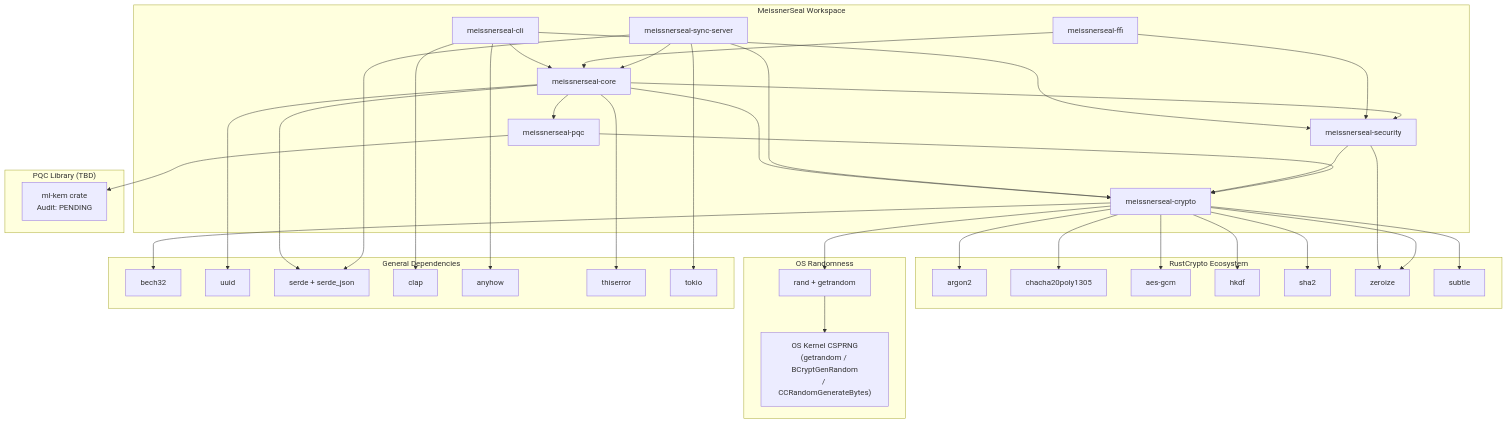
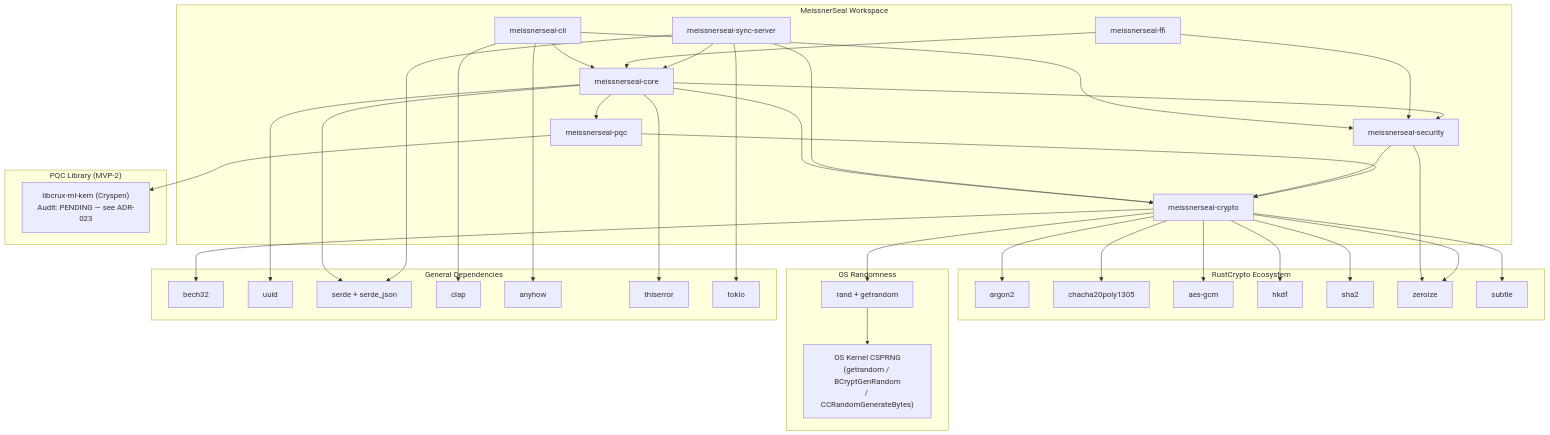
The diagram in docs/security/supply_chain.md (umudique/meissnerseal), drawn with Mermaid before and after one commit. The commit also changed other lines of this file and 2 other files, not shown here.

````diff
--- a/docs/security/supply_chain.md
+++ b/docs/security/supply_chain.md
@@ -11,79 +11,79 @@
 ```mermaid
 graph TD
     subgraph meissnerseal ["MeissnerSeal Workspace"]
         cli["meissnerseal-cli"]
         core["meissnerseal-core"]
         crypto["meissnerseal-crypto"]
         pqc["meissnerseal-pqc"]
         security["meissnerseal-security"]
         ffi["meissnerseal-ffi"]
         server["meissnerseal-sync-server"]
     end
 
     subgraph rustcrypto ["RustCrypto Ecosystem"]
         argon2["argon2"]
         chacha["chacha20poly1305"]
         aesgcm["aes-gcm"]
         hkdf["hkdf"]
         sha2["sha2"]
         zeroize["zeroize"]
         subtle["subtle"]
     end
 
     subgraph osrng ["OS Randomness"]
         rand["rand + getrandom"]
         kernel["OS Kernel CSPRNG\n(getrandom / BCryptGenRandom\n/ CCRandomGenerateBytes)"]
     end
 
-    subgraph pqclib ["PQC Library (TBD)"]
-        mlkem["ml-kem crate\nAudit: PENDING"]
+    subgraph pqclib ["PQC Library (MVP-2)"]
+        mlkem["libcrux-ml-kem (Cryspen)\nAudit: PENDING — see ADR-023"]
     end
 
     subgraph general ["General Dependencies"]
         bech32["bech32"]
         uuid["uuid"]
         serde["serde + serde_json"]
         clap["clap"]
         anyhow["anyhow"]
         thiserror["thiserror"]
         tokio["tokio"]
     end
 
     cli --> core
     cli --> security
     cli --> clap
     cli --> anyhow
 
     ffi --> core
     ffi --> security
 
     core --> crypto
     core --> pqc
     core --> security
     core --> uuid
     core --> serde
     core --> thiserror
 
     server --> core
     server --> crypto
     server --> tokio
     server --> serde
 
     security --> crypto
     security --> zeroize
 
     crypto --> argon2
     crypto --> chacha
     crypto --> aesgcm
     crypto --> hkdf
     crypto --> sha2
     crypto --> rand
     crypto --> zeroize
     crypto --> subtle
     crypto --> bech32
 
     pqc --> crypto
     pqc --> mlkem
 
     rand --> kernel
 ```
````
